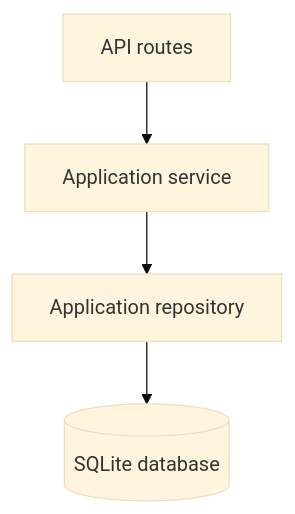
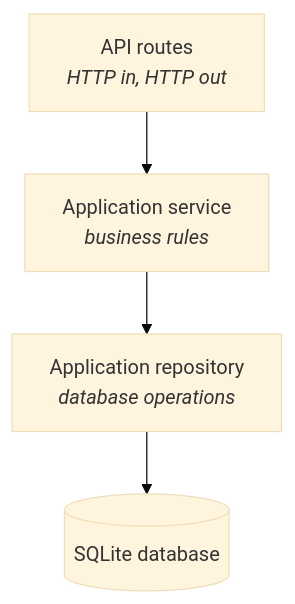
The second of 5 diagrams in docs/architecture.md (lanphan05/InternTrack), drawn with Mermaid (base theme) before and after one commit. The commit also changed other lines of this file, not shown here.

First line of the commit message:
Refine architecture doc with API, data model, decisions and deployment

````diff
--- a/docs/architecture.md
+++ b/docs/architecture.md
@@ -25,6 +58,6 @@
 ```mermaid
 flowchart TD
-    R["API routes"] --> S["Application service"]
-    S --> P["Application repository"]
+    R["API routes<br/><i>HTTP in, HTTP out</i>"] --> S["Application service<br/><i>business rules</i>"]
+    S --> P["Application repository<br/><i>database operations</i>"]
     P --> D[("SQLite database")]
 ```
````
